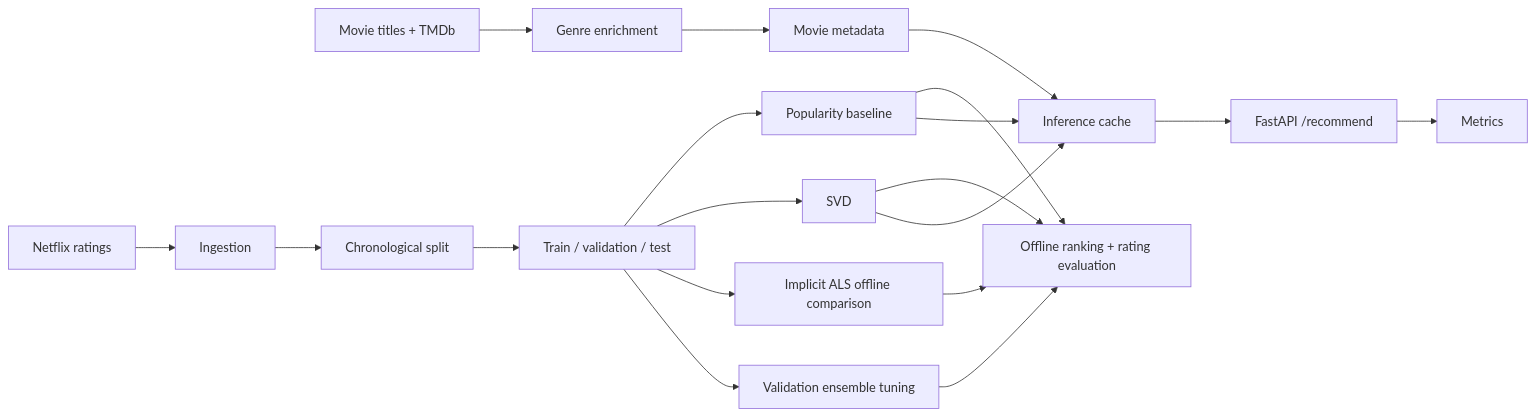
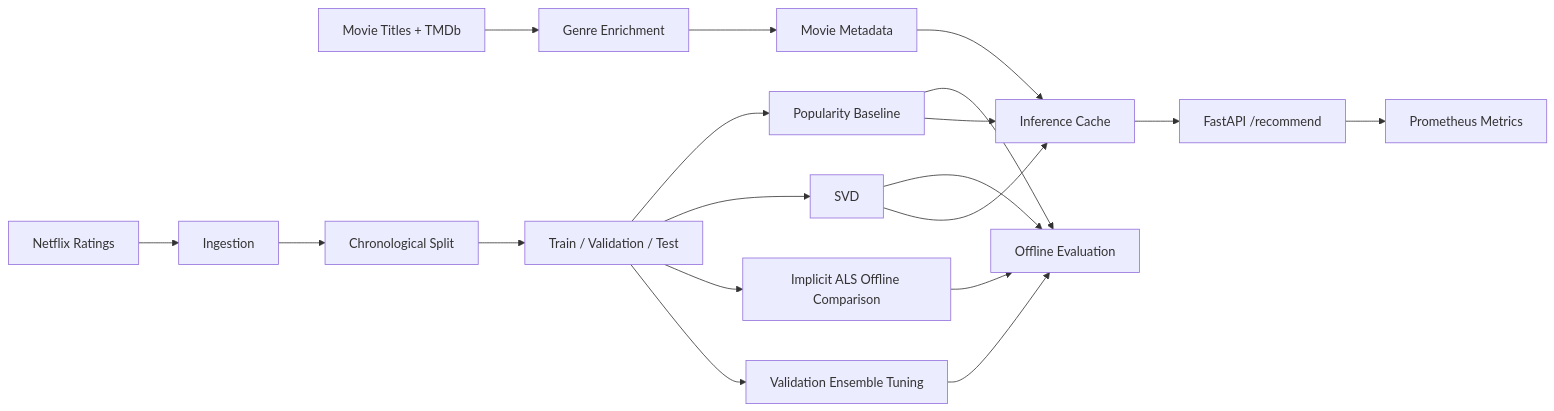
Before and after one commit to offbeatash/Netflix-movie-recommendation-engine: the diagram in README.md, drawn with Mermaid. The commit also changed other lines of this file and 1 other file, not shown here.

````diff
--- a/README.md
+++ b/README.md
@@ -11,21 +48,28 @@
 ```mermaid
 flowchart LR
-    A[Netflix ratings] --> B[Ingestion]
-    M[Movie titles + TMDb] --> C[Genre enrichment]
-    B --> D[Chronological split]
-    C --> E[Movie metadata]
-    D --> F[Train / validation / test]
-    F --> G[Popularity baseline]
+    A[Netflix Ratings] --> B[Ingestion]
+    M[Movie Titles + TMDb] --> C[Genre Enrichment]
+
+    B --> D[Chronological Split]
+    C --> E[Movie Metadata]
+
+    D --> F[Train / Validation / Test]
+
+    F --> G[Popularity Baseline]
     F --> H[SVD]
-    F --> I[Implicit ALS offline comparison]
-    F --> J[Validation ensemble tuning]
-    G --> K[Offline ranking + rating evaluation]
+    F --> I[Implicit ALS Offline Comparison]
+
+    F --> J[Validation Ensemble Tuning]
+
+    G --> K[Offline Evaluation]
     H --> K
     I --> K
     J --> K
-    G --> L[Inference cache]
+
+    G --> L[Inference Cache]
     H --> L
     E --> L
+
     L --> N[FastAPI /recommend]
-    N --> O[Metrics]
+    N --> O[Prometheus Metrics]
 ```
````
